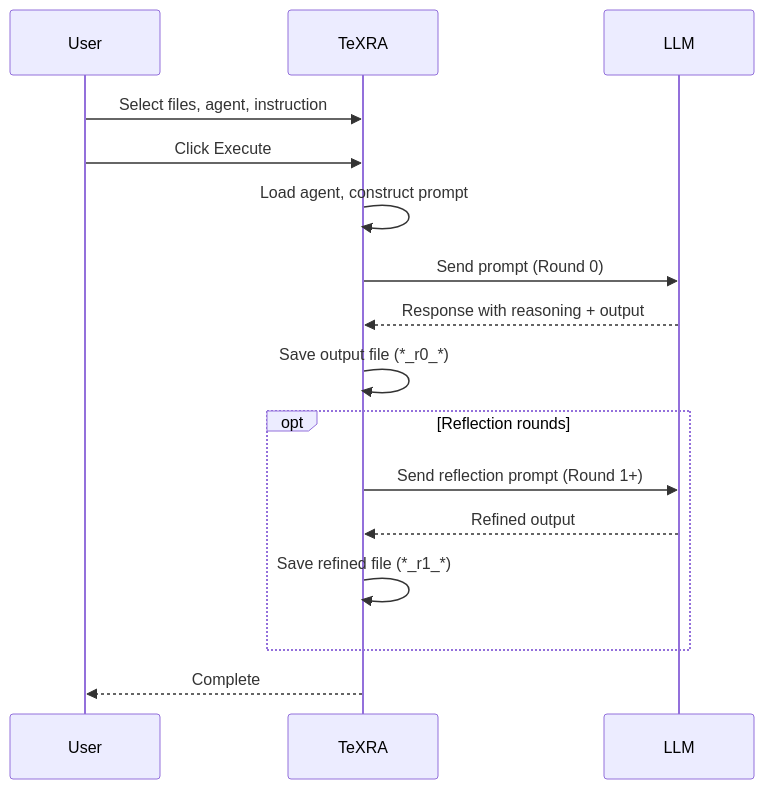
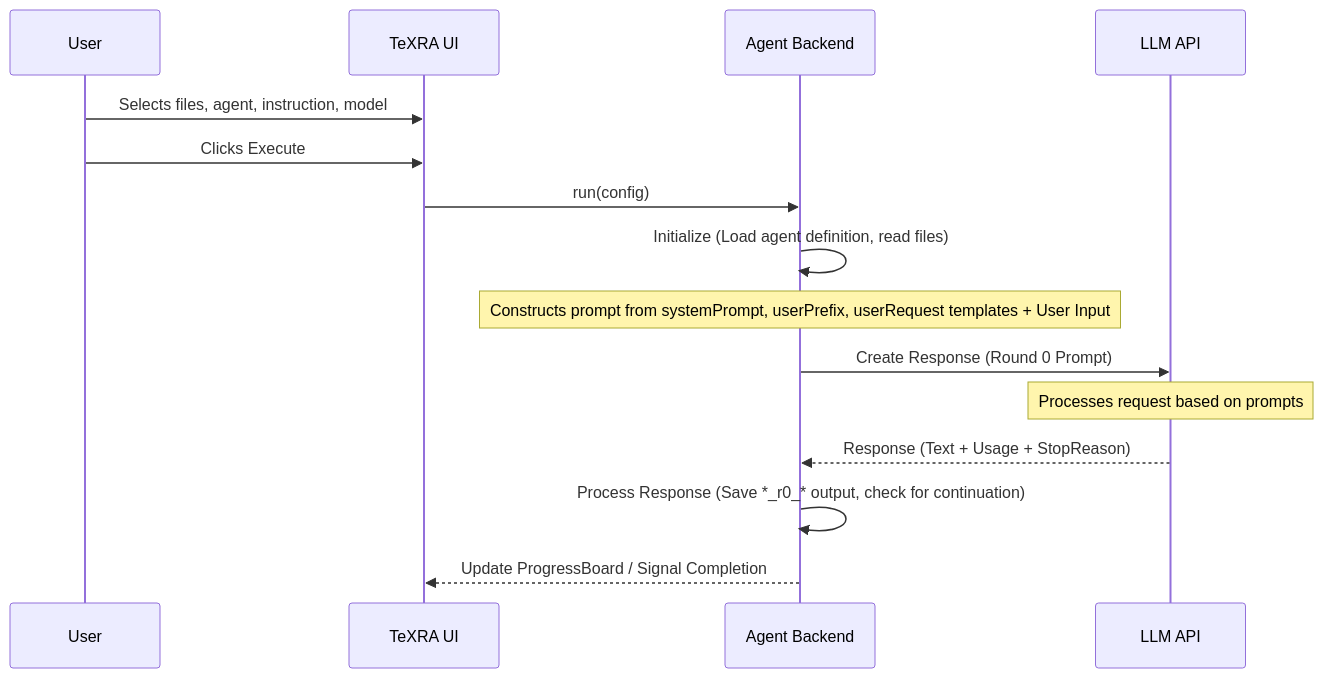
The diagram in docs/guide/agent-architecture.md (LionSR/TeXRA), drawn with Mermaid before and after one commit. The commit also changed other lines of this file and 16 other files, not shown here.

````diff
--- a/docs/guide/agent-architecture.md
+++ b/docs/guide/agent-architecture.md
@@ -43,19 +32,18 @@
 ```mermaid
 sequenceDiagram
     participant User
-    participant TeXRA
-    participant LLM
+    participant TeXRA UI
+    participant Agent Backend
+    participant LLM API
 
-    User->>TeXRA: Select files, agent, instruction
-    User->>TeXRA: Click Execute
-    TeXRA->>TeXRA: Load agent, construct prompt
-    TeXRA->>LLM: Send prompt (Round 0)
-    LLM-->>TeXRA: Response with reasoning + output
-    TeXRA->>TeXRA: Save output file (*_r0_*)
-    opt Reflection rounds
-        TeXRA->>LLM: Send reflection prompt (Round 1+)
-        LLM-->>TeXRA: Refined output
-        TeXRA->>TeXRA: Save refined file (*_r1_*)
-    end
-    TeXRA-->>User: Complete
+    User->>TeXRA UI: Selects files, agent, instruction, model
+    User->>TeXRA UI: Clicks Execute
+    TeXRA UI->>Agent Backend: run(config)
+    Agent Backend->>Agent Backend: Initialize (Load agent definition, read files)
+    Note over Agent Backend: Constructs prompt from systemPrompt, userPrefix, userRequest templates + User Input
+    Agent Backend->>LLM API: Create Response (Round 0 Prompt)
+    Note over LLM API: Processes request based on prompts
+    LLM API-->>Agent Backend: Response (Text + Usage + StopReason)
+    Agent Backend->>Agent Backend: Process Response (Save *_r0_* output, check for continuation)
+    Agent Backend-->>TeXRA UI: Update ProgressBoard / Signal Completion
 ```
````
